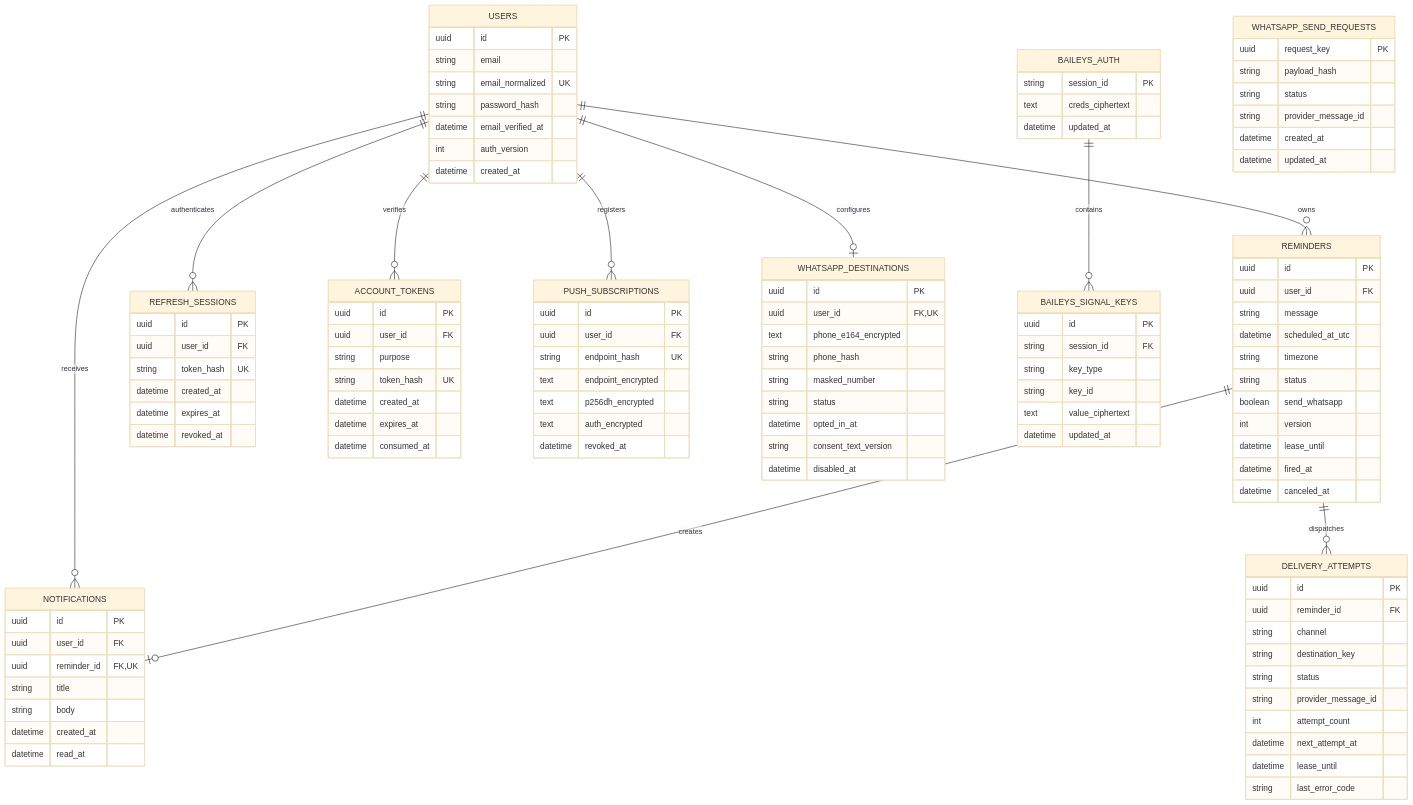
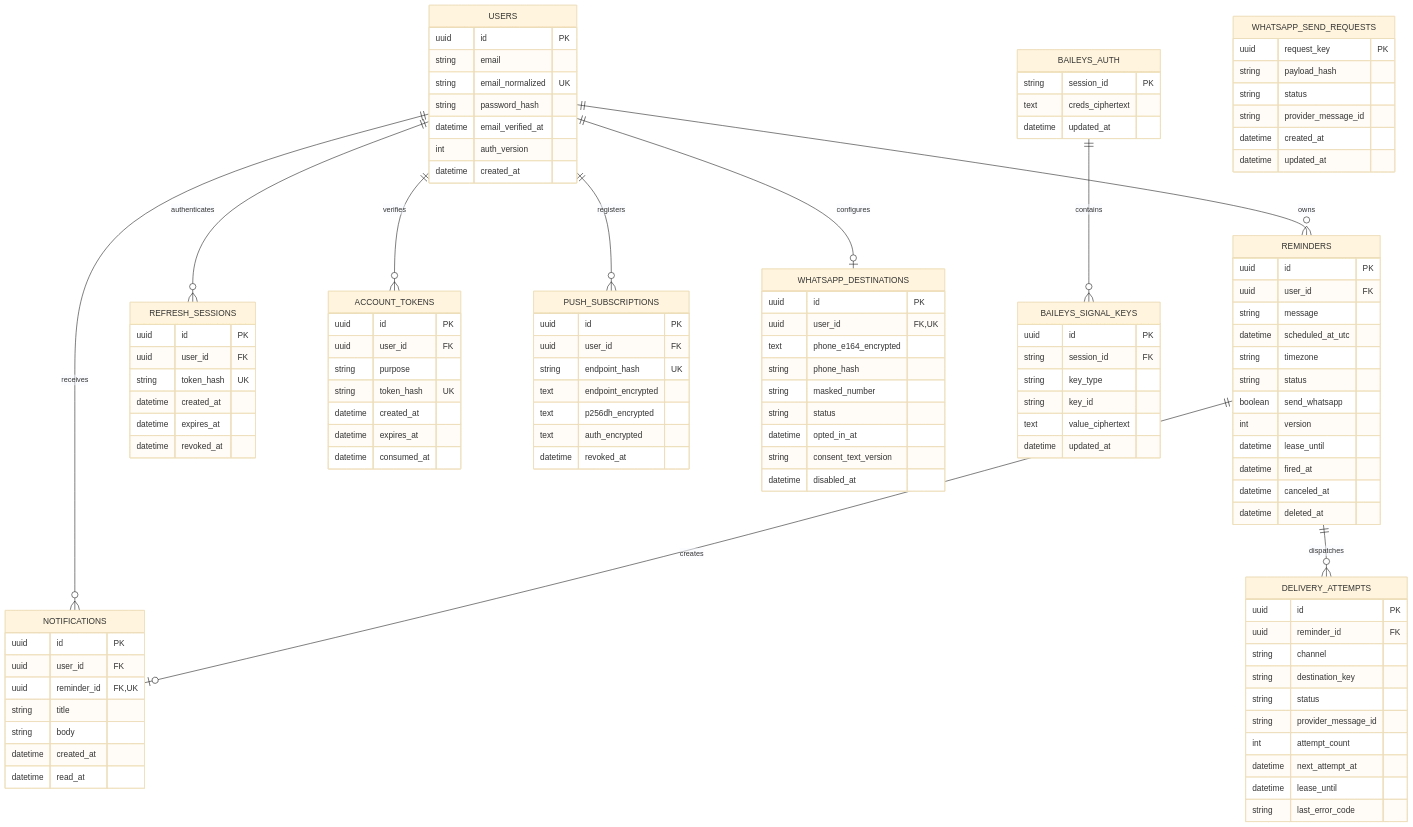
One commit to Eliseo10208/recordatorios-mvp changed the third of 3 diagrams in docs/specs/MVP_RECORDATORIOS.md. Above: the diagram before and after it, drawn with Mermaid (base theme). The commit also changed other lines of this file and 26 other files, not shown here.

```diff
--- a/docs/specs/MVP_RECORDATORIOS.md
+++ b/docs/specs/MVP_RECORDATORIOS.md
@@ -310,6 +310,7 @@
         datetime lease_until
         datetime fired_at
         datetime canceled_at
+        datetime deleted_at
     }
 
     NOTIFICATIONS {
```
